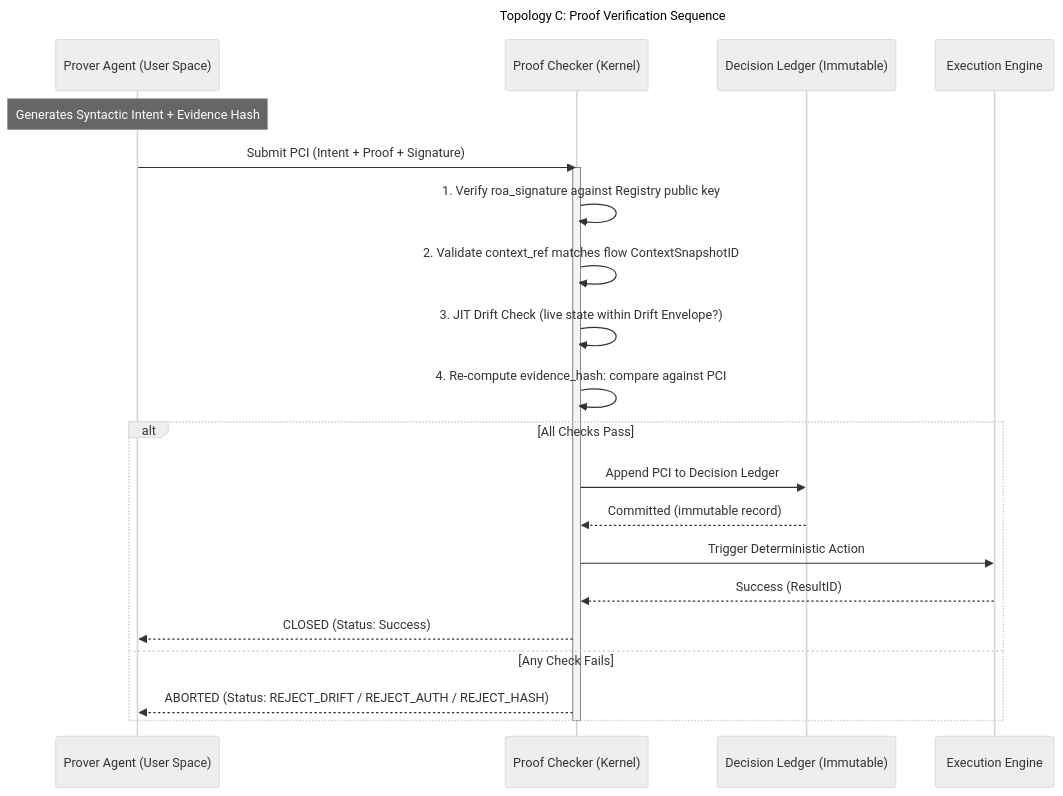
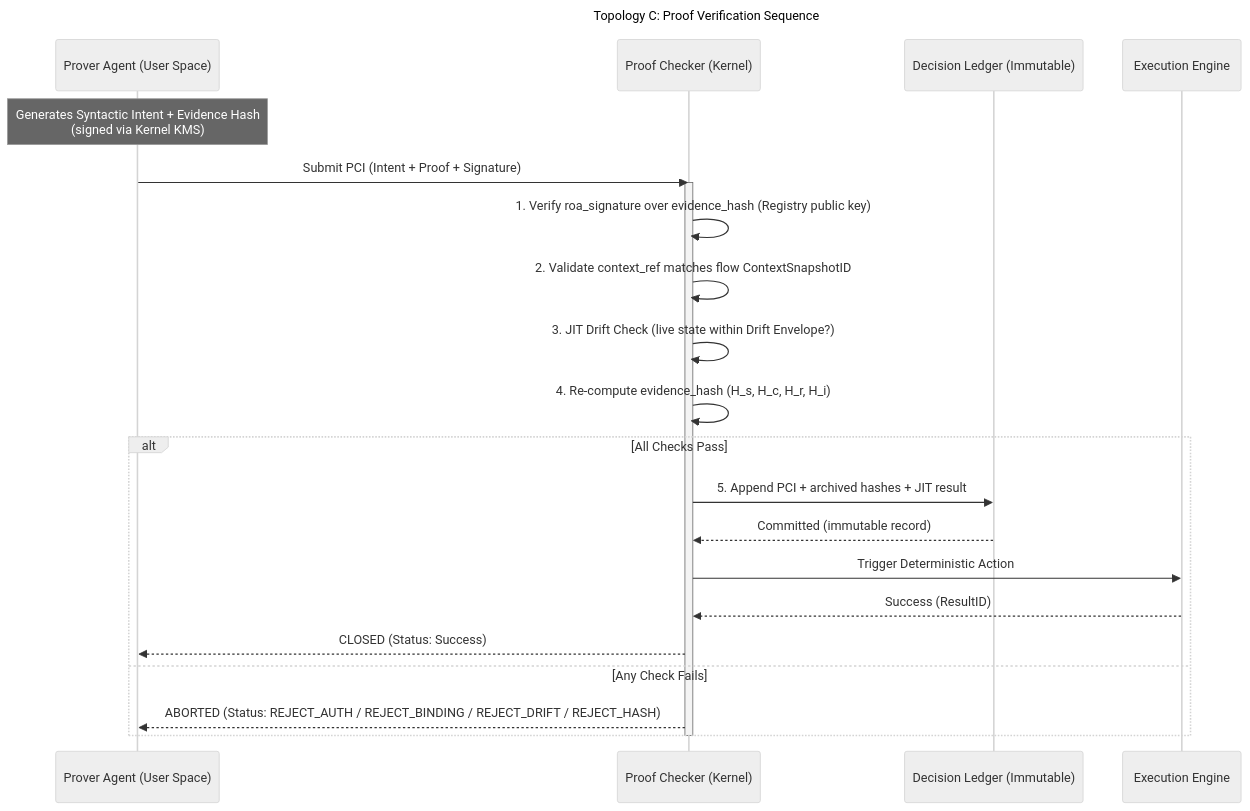
One commit to huka81/decision-intelligence-runtime changed diagram 21 of 21 in docs/07-dir-minified/DIR-minified.md. Above: the diagram before and after it, drawn with Mermaid. The commit also changed other lines of this file and 4 other files, not shown here.

````diff
--- a/docs/07-dir-minified/DIR-minified.md
+++ b/docs/07-dir-minified/DIR-minified.md
@@ -2110,33 +2222,33 @@
 ```mermaid
 ---
 title: "Topology C: Proof Verification Sequence"
 config:
   theme: neutral
   look: classic
 ---
 sequenceDiagram
     participant A as Prover Agent (User Space)
     participant K as Proof Checker (Kernel)
     participant L as Decision Ledger (Immutable)
     participant E as Execution Engine
 
-    Note over A: Generates Syntactic Intent + Evidence Hash
+    Note over A: Generates Syntactic Intent + Evidence Hash<br/>(signed via Kernel KMS)
     A->>K: Submit PCI (Intent + Proof + Signature)
 
     activate K
-    K->>K: 1. Verify roa_signature against Registry public key
+    K->>K: 1. Verify roa_signature over evidence_hash (Registry public key)
     K->>K: 2. Validate context_ref matches flow ContextSnapshotID
     K->>K: 3. JIT Drift Check (live state within Drift Envelope?)
-    K->>K: 4. Re-compute evidence_hash: compare against PCI
+    K->>K: 4. Re-compute evidence_hash (H_s, H_c, H_r, H_i)
 
     alt All Checks Pass
-        K->>L: Append PCI to Decision Ledger
+        K->>L: 5. Append PCI + archived hashes + JIT result
         L-->>K: Committed (immutable record)
         K->>E: Trigger Deterministic Action
         E-->>K: Success (ResultID)
         K-->>A: CLOSED (Status: Success)
     else Any Check Fails
-        K-->>A: ABORTED (Status: REJECT_DRIFT / REJECT_AUTH / REJECT_HASH)
+        K-->>A: ABORTED (Status: REJECT_AUTH / REJECT_BINDING / REJECT_DRIFT / REJECT_HASH)
     end
     deactivate K
 ```
````
